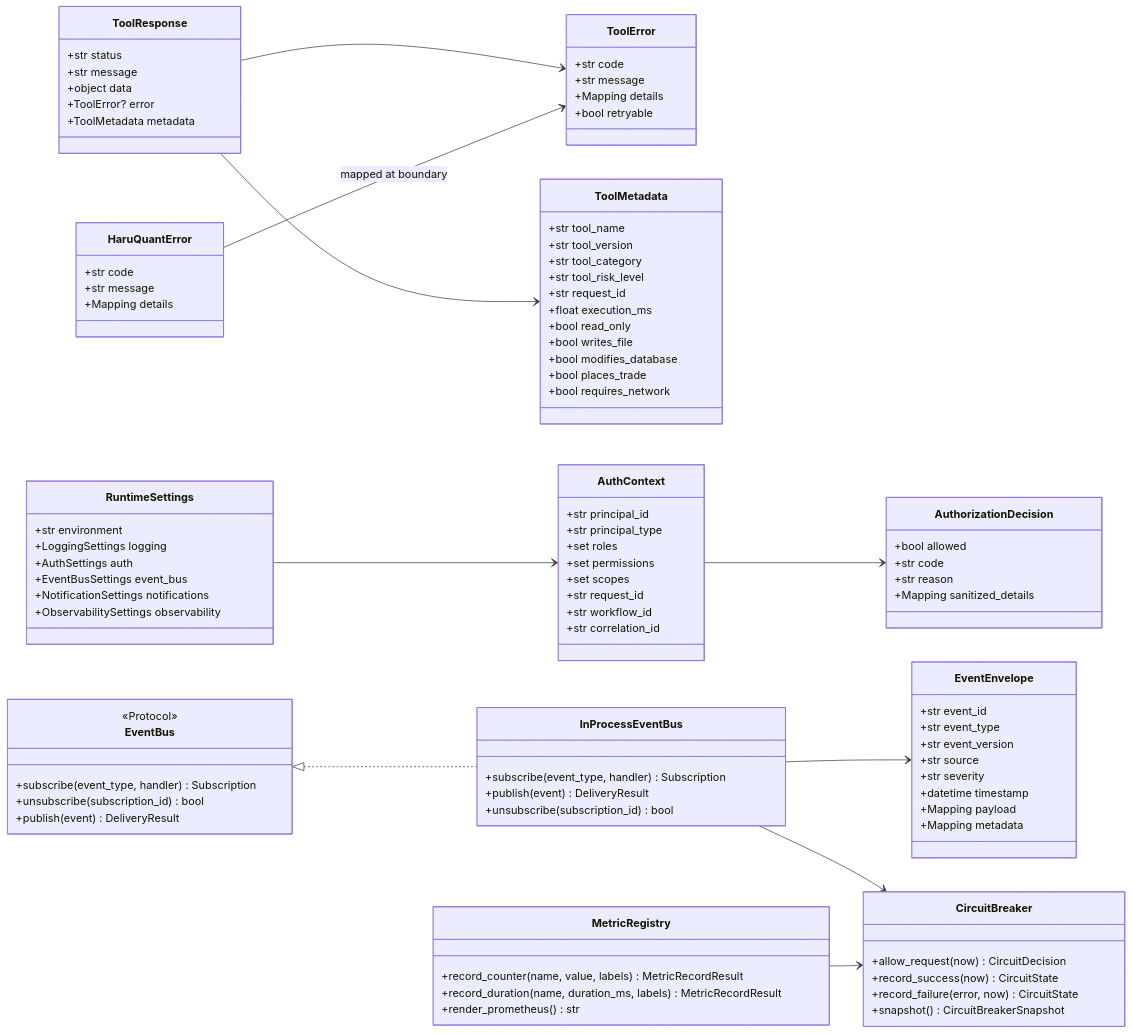
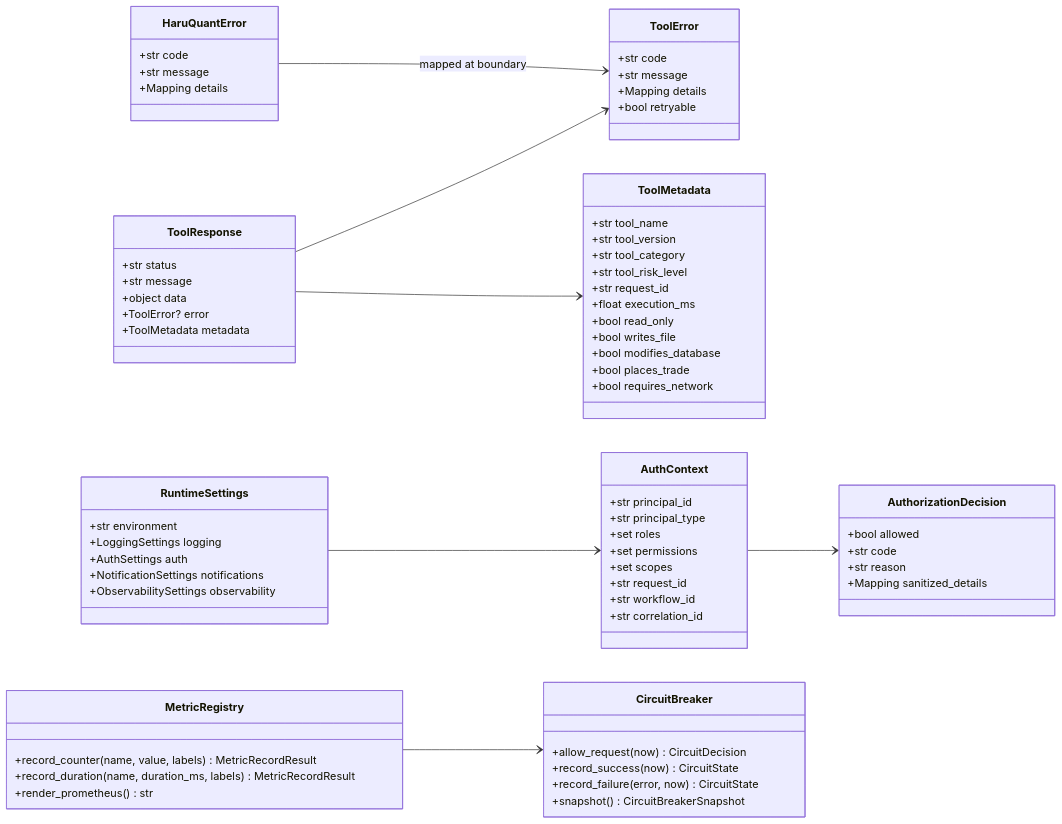
Before and after one commit to haruperi/HaruQuantAI: the first of 3 diagrams in docs/dev/phase-implementation-plan/01-utils.md, drawn with Mermaid. The commit also changed other lines of this file and 465 other files, not shown here.

````diff
--- a/docs/dev/phase-implementation-plan/01-utils.md
+++ b/docs/dev/phase-implementation-plan/01-utils.md
@@ -203,7 +203,6 @@
       +str environment
       +LoggingSettings logging
       +AuthSettings auth
-      +EventBusSettings event_bus
       +NotificationSettings notifications
       +ObservabilitySettings observability
     }
@@ -226,30 +225,6 @@
       +Mapping sanitized_details
     }
 
-    class EventEnvelope {
-      +str event_id
-      +str event_type
-      +str event_version
-      +str source
-      +str severity
-      +datetime timestamp
-      +Mapping payload
-      +Mapping metadata
-    }
-
-    class EventBus {
-      <<Protocol>>
-      +subscribe(event_type, handler) Subscription
-      +unsubscribe(subscription_id) bool
-      +publish(event) DeliveryResult
-    }
-
-    class InProcessEventBus {
-      +subscribe(event_type, handler) Subscription
-      +publish(event) DeliveryResult
-      +unsubscribe(subscription_id) bool
-    }
-
     class CircuitBreaker {
       +allow_request(now) CircuitDecision
       +record_success(now) CircuitState
@@ -267,9 +242,6 @@
     ToolResponse --> ToolMetadata
     RuntimeSettings --> AuthContext
     AuthContext --> AuthorizationDecision
-    EventBus <|.. InProcessEventBus
-    InProcessEventBus --> EventEnvelope
-    InProcessEventBus --> CircuitBreaker
     MetricRegistry --> CircuitBreaker
     HaruQuantError --> ToolError : mapped at boundary
 ```
````
